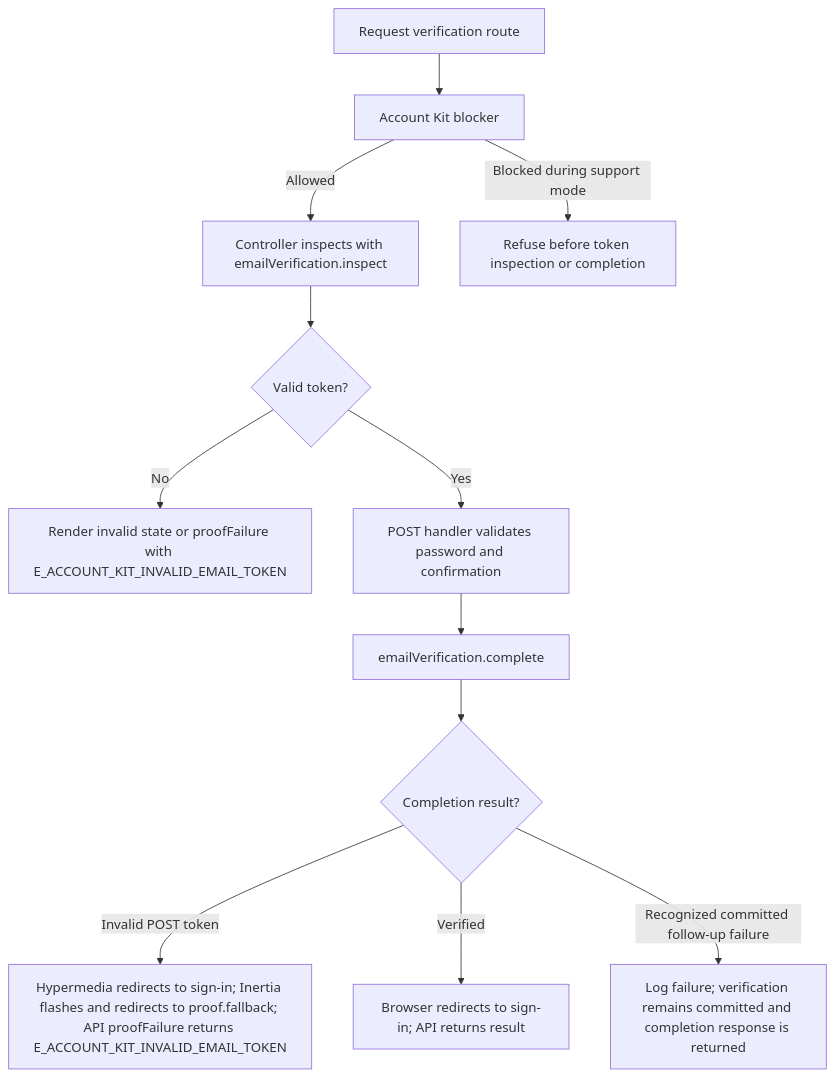
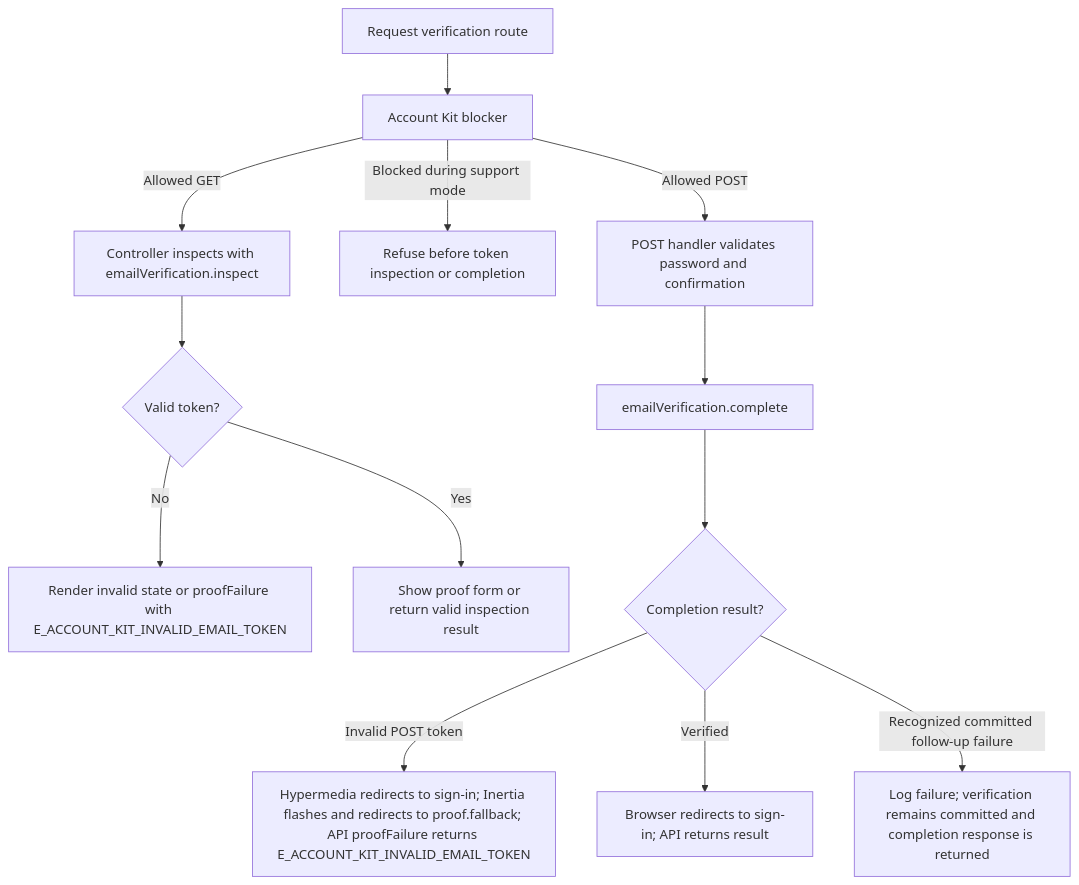
The second of 2 diagrams in user-stories/accounts/us-account-11-complete-email-verification.md (Kevinjohn/oss-adonisjs-starter-examples), drawn with Mermaid before and after one commit. The commit also changed 29 other files, not shown here.

````diff
--- a/user-stories/accounts/us-account-11-complete-email-verification.md
+++ b/user-stories/accounts/us-account-11-complete-email-verification.md
@@ -52,14 +52,15 @@
 ```mermaid
 flowchart TD
     A["Request verification route"] --> Z["Account Kit blocker"]
-    Z -->|Allowed| B["Controller inspects with emailVerification.inspect"]
+    Z -->|Allowed GET| B["Controller inspects with emailVerification.inspect"]
     Z -->|Blocked during support mode| Z1["Refuse before token inspection or completion"]
     B --> C{"Valid token?"}
     C -->|No| D["Render invalid state or proofFailure with E_ACCOUNT_KIT_INVALID_EMAIL_TOKEN"]
-    C -->|Yes| E["POST handler validates password and confirmation"]
+    C -->|Yes| V["Show proof form or return valid inspection result"]
+    Z -->|Allowed POST| E["POST handler validates password and confirmation"]
     E --> F["emailVerification.complete"]
     F --> G{"Completion result?"}
     G -->|Invalid POST token| J["Hypermedia redirects to sign-in; Inertia flashes and redirects to proof.fallback; API proofFailure returns E_ACCOUNT_KIT_INVALID_EMAIL_TOKEN"]
     G -->|Verified| H["Browser redirects to sign-in; API returns result"]
     G -->|Recognized committed follow-up failure| I["Log failure; verification remains committed and completion response is returned"]
 ```
````
